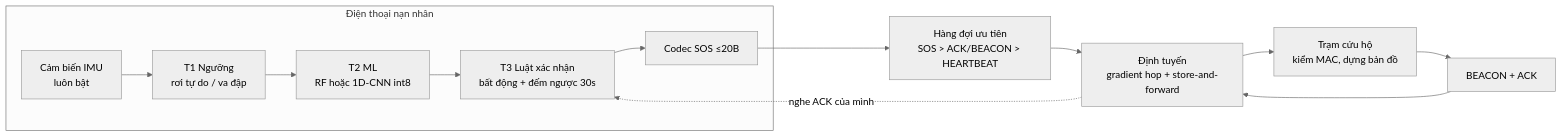
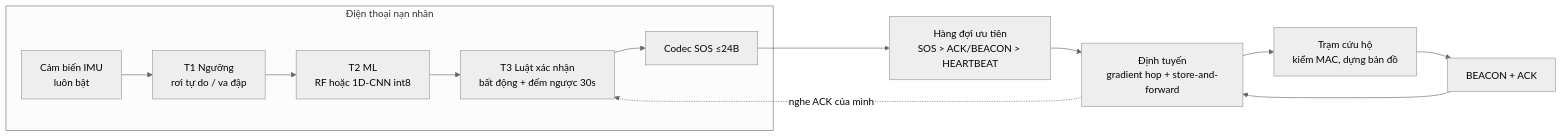
The first of 2 diagrams in ke-hoach-nghien-cuu-rescuemesh-ai.md (TranQuy-lab/mesh), drawn with Mermaid (neutral theme) before and after one commit. The commit also changed other lines of this file and 3 other files, not shown here.

````diff
--- a/ke-hoach-nghien-cuu-rescuemesh-ai.md
+++ b/ke-hoach-nghien-cuu-rescuemesh-ai.md
@@ -132,15 +132,15 @@
 ```mermaid
 flowchart LR
   subgraph P["Điện thoại nạn nhân"]
     A["Cảm biến IMU<br/>luôn bật"] --> B["T1 Ngưỡng<br/>rơi tự do / va đập"]
     B --> C["T2 ML<br/>RF hoặc 1D-CNN int8"]
     C --> D["T3 Luật xác nhận<br/>bất động + đếm ngược 30s"]
-    D --> E["Codec SOS ≤20B"]
+    D --> E["Codec SOS ≤24B"]
   end
   E --> F["Hàng đợi ưu tiên<br/>SOS &gt; ACK/BEACON &gt; HEARTBEAT"]
   F --> G["Định tuyến<br/>gradient hop + store-and-forward"]
   G --> H["Trạm cứu hộ<br/>kiểm MAC, dựng bản đồ"]
   H --> I["BEACON + ACK"]
   I --> G
   G -.->|"nghe ACK của mình"| D
 ```
````
